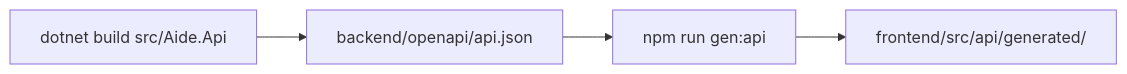
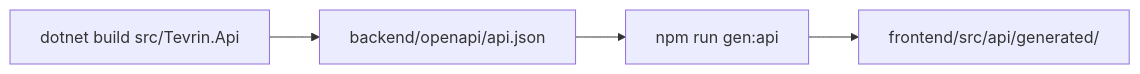
Before and after one commit to BenFielder1/AI-Driven-Engineering-Platform: the diagram in docs/reference/api-and-contract.md, drawn with Mermaid. The commit also changed 1998 other files, not shown here.

First line of the commit message:
phase 65b: rename the Aide projects, namespaces and types to Tevrin (FR-323, FR-324)

````diff
--- a/docs/reference/api-and-contract.md
+++ b/docs/reference/api-and-contract.md
@@ -13,6 +13,6 @@
 ```mermaid
 flowchart LR
-  B["dotnet build src/Aide.Api"] --> J["backend/openapi/api.json"]
+  B["dotnet build src/Tevrin.Api"] --> J["backend/openapi/api.json"]
   J --> G["npm run gen:api"]
   G --> C["frontend/src/api/generated/"]
 ```
````
